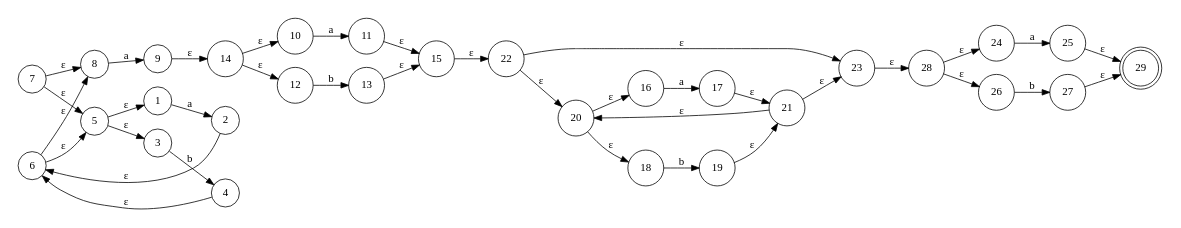
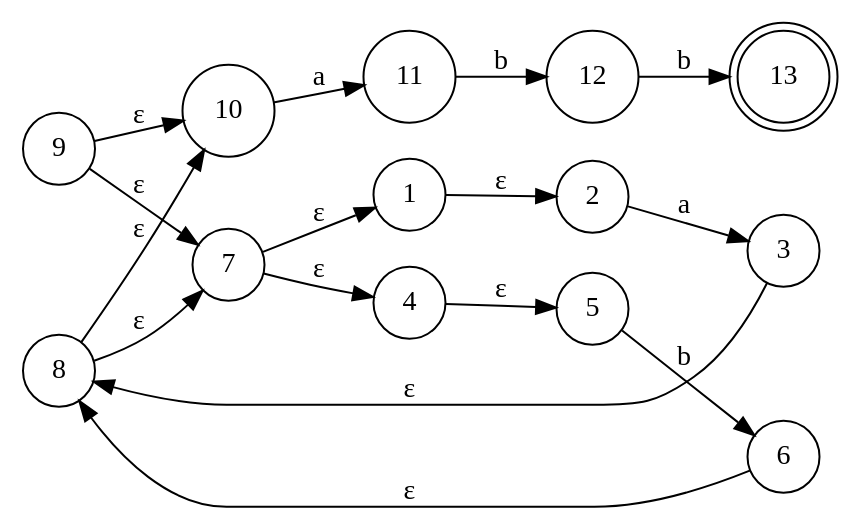
Before and after one commit to gusta257/Compis1: the diagram in fsm.gv, drawn with Graphviz. The commit also changed 8 other files, not shown here.

```diff
--- a/fsm.gv
+++ b/fsm.gv
@@ -1,70 +1,33 @@
 digraph finite_state_machine {
 	rankdir=LR size="8,5"
 	node [shape=doublecircle]
-	29
+	13
 	node [shape=circle]
-	1 -> 2 [label=a]
+	1 -> 2 [label="ε"]
 	node [shape=circle]
-	2 -> 6 [label="ε"]
+	2 -> 3 [label=a]
 	node [shape=circle]
-	3 -> 4 [label=b]
+	3 -> 8 [label="ε"]
 	node [shape=circle]
-	4 -> 6 [label="ε"]
+	4 -> 5 [label="ε"]
 	node [shape=circle]
-	5 -> 1 [label="ε"]
-	5 -> 3 [label="ε"]
+	5 -> 6 [label=b]
 	node [shape=circle]
 	6 -> 8 [label="ε"]
-	6 -> 5 [label="ε"]
 	node [shape=circle]
-	7 -> 5 [label="ε"]
-	7 -> 8 [label="ε"]
+	7 -> 1 [label="ε"]
+	7 -> 4 [label="ε"]
 	node [shape=circle]
-	8 -> 9 [label=a]
+	8 -> 10 [label="ε"]
+	8 -> 7 [label="ε"]
 	node [shape=circle]
-	9 -> 14 [label="ε"]
+	9 -> 7 [label="ε"]
+	9 -> 10 [label="ε"]
 	node [shape=circle]
 	10 -> 11 [label=a]
 	node [shape=circle]
-	11 -> 15 [label="ε"]
+	11 -> 12 [label=b]
 	node [shape=circle]
 	12 -> 13 [label=b]
 	node [shape=circle]
-	13 -> 15 [label="ε"]
-	node [shape=circle]
-	14 -> 10 [label="ε"]
-	14 -> 12 [label="ε"]
-	node [shape=circle]
-	15 -> 22 [label="ε"]
-	node [shape=circle]
-	16 -> 17 [label=a]
-	node [shape=circle]
-	17 -> 21 [label="ε"]
-	node [shape=circle]
-	18 -> 19 [label=b]
-	node [shape=circle]
-	19 -> 21 [label="ε"]
-	node [shape=circle]
-	20 -> 16 [label="ε"]
-	20 -> 18 [label="ε"]
-	node [shape=circle]
-	21 -> 23 [label="ε"]
-	21 -> 20 [label="ε"]
-	node [shape=circle]
-	22 -> 20 [label="ε"]
-	22 -> 23 [label="ε"]
-	node [shape=circle]
-	23 -> 28 [label="ε"]
-	node [shape=circle]
-	24 -> 25 [label=a]
-	node [shape=circle]
-	25 -> 29 [label="ε"]
-	node [shape=circle]
-	26 -> 27 [label=b]
-	node [shape=circle]
-	27 -> 29 [label="ε"]
-	node [shape=circle]
-	28 -> 24 [label="ε"]
-	28 -> 26 [label="ε"]
-	node [shape=circle]
 }
```
